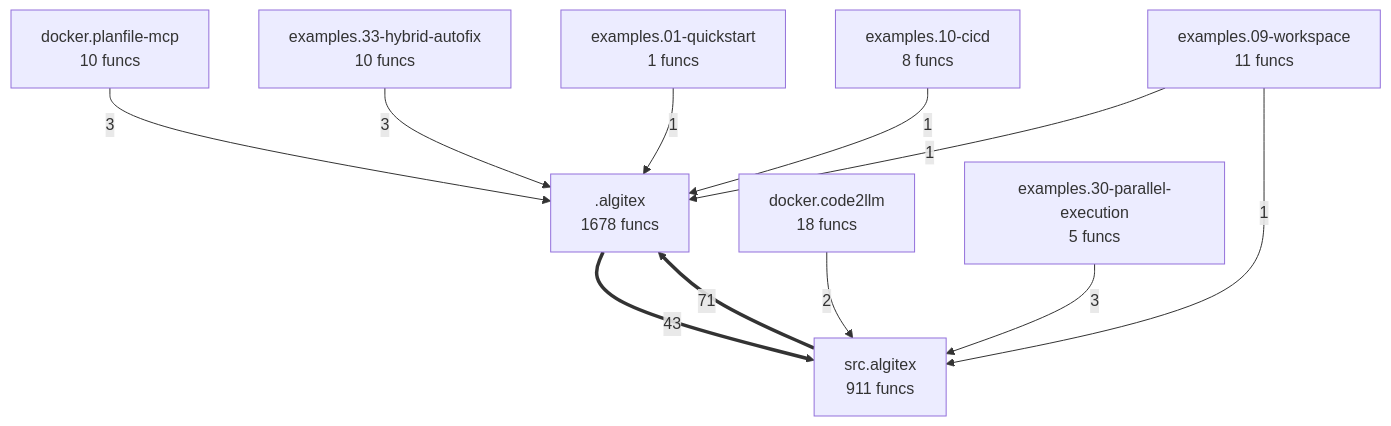
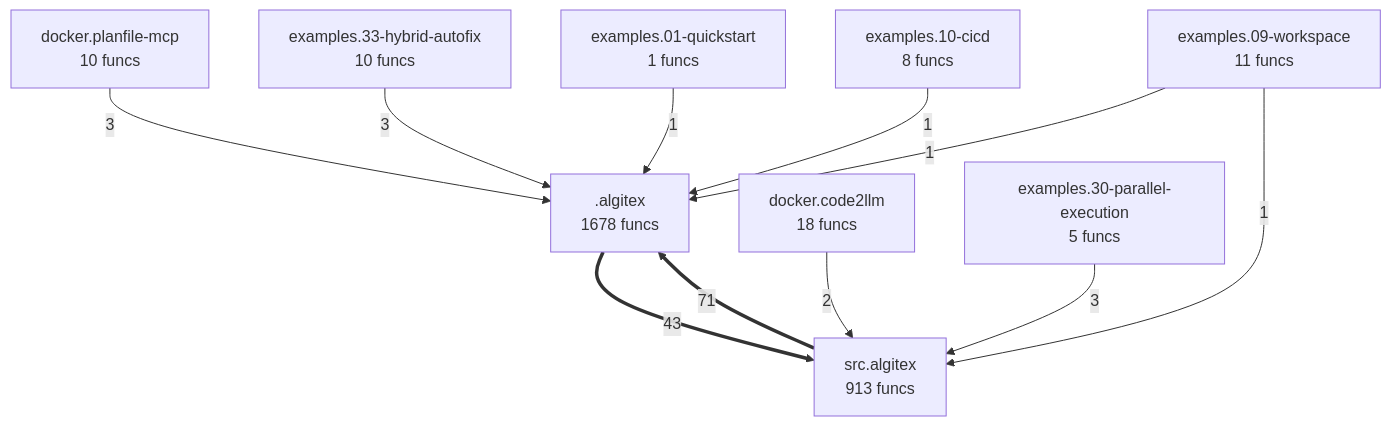
Before and after one commit to semcod/algitex: the diagram in project/compact_flow.mmd, drawn with Mermaid. The commit also changed 73 other files, not shown here.

```diff
--- a/project/compact_flow.mmd
+++ b/project/compact_flow.mmd
@@ -1,20 +1,20 @@
 flowchart TD
     M___algitex[".algitex<br/>1678 funcs"]
     docker__code2llm["docker.code2llm<br/>18 funcs"]
     docker__planfile_mcp["docker.planfile-mcp<br/>10 funcs"]
     examples__01_quickstart["examples.01-quickstart<br/>1 funcs"]
     examples__09_workspace["examples.09-workspace<br/>11 funcs"]
     examples__10_cicd["examples.10-cicd<br/>8 funcs"]
     examples__30_parallel_execution["examples.30-parallel-execution<br/>5 funcs"]
     examples__33_hybrid_autofix["examples.33-hybrid-autofix<br/>10 funcs"]
-    src__algitex["src.algitex<br/>911 funcs"]
+    src__algitex["src.algitex<br/>913 funcs"]
     src__algitex ==>|71| M___algitex
     M___algitex ==>|43| src__algitex
     docker__planfile_mcp -->|3| M___algitex
     examples__30_parallel_execution -->|3| src__algitex
     examples__33_hybrid_autofix -->|3| M___algitex
     docker__code2llm -->|2| src__algitex
     examples__01_quickstart -->|1| M___algitex
     examples__10_cicd -->|1| M___algitex
     examples__09_workspace -->|1| M___algitex
     examples__09_workspace -->|1| src__algitex
```
